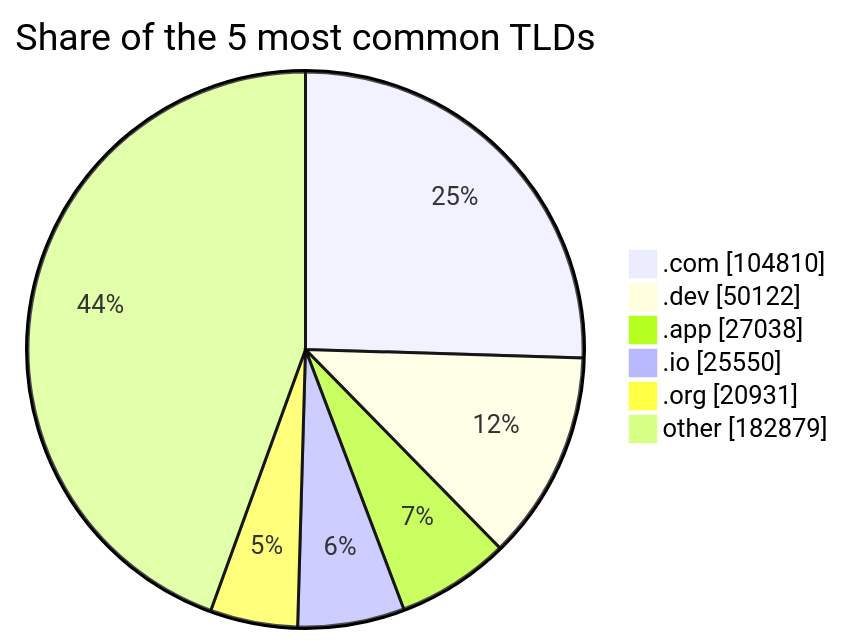
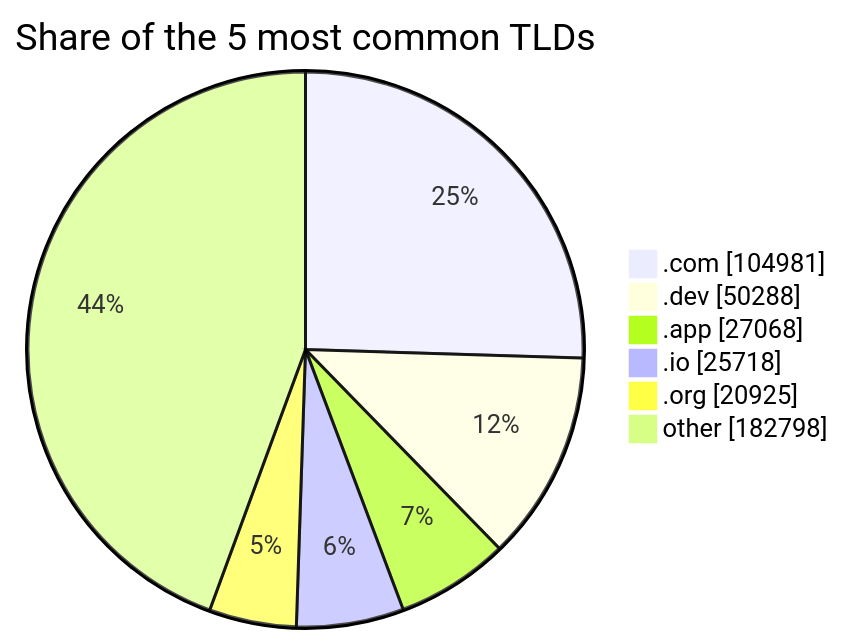
The third of 3 diagrams in README.md (DNSBunker/CTI), drawn with Mermaid before and after one commit. The commit also changed other lines of this file and 3 other files, not shown here.

````diff
--- a/README.md
+++ b/README.md
@@ -81,9 +81,9 @@
 ```mermaid
 pie showData title Share of the 5 most common TLDs
-    ".com" : 104810
-    ".dev" : 50122
-    ".app" : 27038
-    ".io" : 25550
-    ".org" : 20931
-    "other" : 182879
+    ".com" : 104981
+    ".dev" : 50288
+    ".app" : 27068
+    ".io" : 25718
+    ".org" : 20925
+    "other" : 182798
 ```
````
